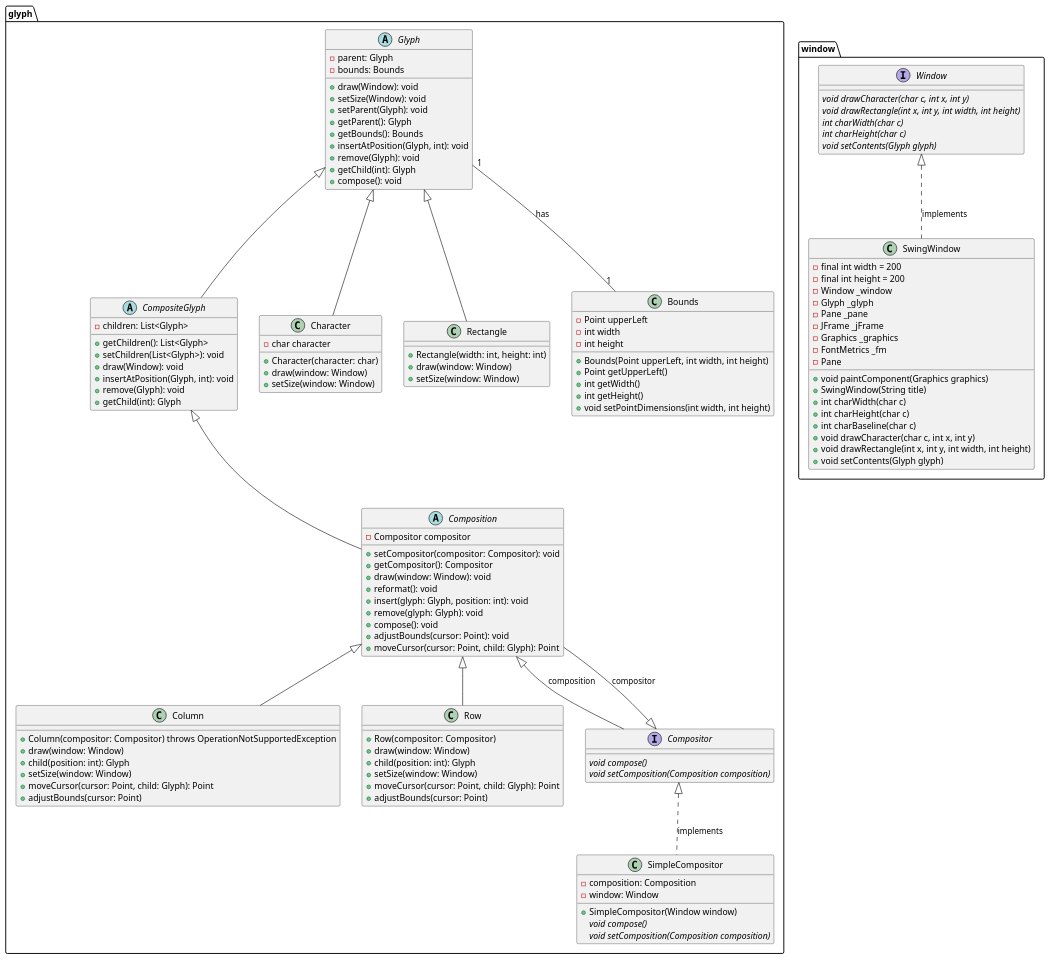
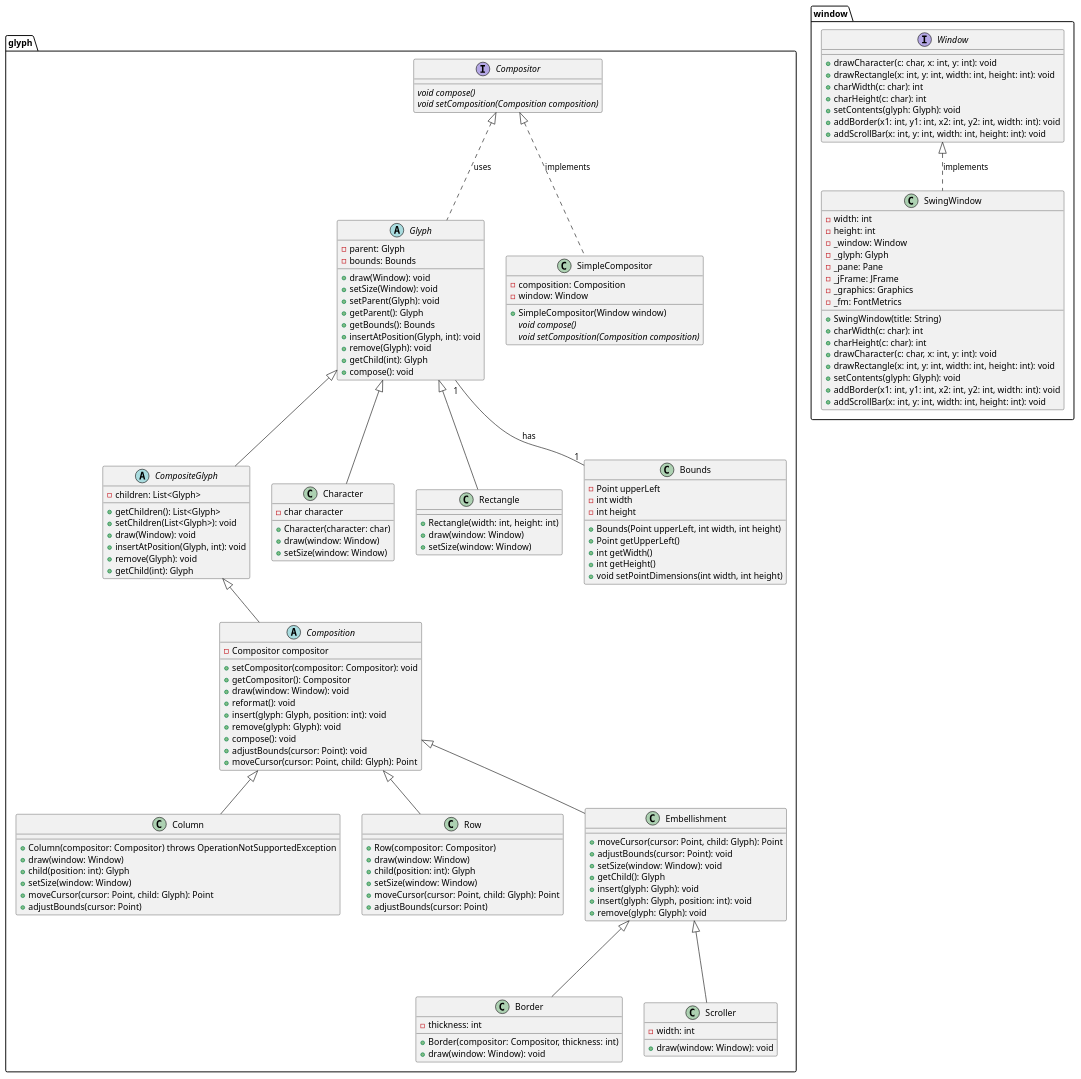
One commit to rubalgoyal/LexiDocument-ObjectOrientedDesignPattern changed the diagram in Lexi/Diagram.puml. Above: the diagram before and after it, drawn with PlantUML. The commit also changed 18 other files, not shown here.

```diff
--- a/Lexi/Diagram.puml
+++ b/Lexi/Diagram.puml
@@ -2,153 +2,181 @@
 @startuml
 package glyph {
   abstract class Glyph {
     - parent: Glyph
     - bounds: Bounds
     + draw(Window): void
     + setSize(Window): void
     + setParent(Glyph): void
     + getParent(): Glyph
     + getBounds(): Bounds
     + insertAtPosition(Glyph, int): void
     + remove(Glyph): void
     + getChild(int): Glyph
     + compose(): void
   }
   abstract class CompositeGlyph {
     - children: List<Glyph>
     + getChildren(): List<Glyph>
     + setChildren(List<Glyph>): void
     + draw(Window): void
     + insertAtPosition(Glyph, int): void
     + remove(Glyph): void
     + getChild(int): Glyph
   }
 
 
       class Column {
           +Column(compositor: Compositor) throws OperationNotSupportedException
           +draw(window: Window)
           +child(position: int): Glyph
           +setSize(window: Window)
           +moveCursor(cursor: Point, child: Glyph): Point
           +adjustBounds(cursor: Point)
       }
 
 
 
       class Row {
           +Row(compositor: Compositor)
           +draw(window: Window)
           +child(position: int): Glyph
           +setSize(window: Window)
           +moveCursor(cursor: Point, child: Glyph): Point
           +adjustBounds(cursor: Point)
       }
 
 
 
 
         class Character {
 
             -char character
             +Character(character: char)
             +draw(window: Window)
             +setSize(window: Window)
         }
 
 
 
         class Rectangle {
 
             +Rectangle(width: int, height: int)
             +draw(window: Window)
             +setSize(window: Window)
         }
 
 
 
 
         abstract class Composition {
             -Compositor compositor
             +setCompositor(compositor: Compositor): void
             +getCompositor(): Compositor
             +draw(window: Window): void
             +reformat(): void
             +insert(glyph: Glyph, position: int): void
             +remove(glyph: Glyph): void
             +compose(): void
             +adjustBounds(cursor: Point): void
             +moveCursor(cursor: Point, child: Glyph): Point
         }
 
             class Bounds {
                     - Point upperLeft
                     - int width
                     - int height
                     + Bounds(Point upperLeft, int width, int height)
                     + Point getUpperLeft()
                     + int getWidth()
                     + int getHeight()
                     + void setPointDimensions(int width, int height)
                 }
 
     interface Compositor {
         {abstract} void compose()
         {abstract} void setComposition(Composition composition)
     }
 
     class SimpleCompositor {
         - composition: Composition
         - window: Window
 
         + SimpleCompositor(Window window)
         {abstract} void compose()
         {abstract} void setComposition(Composition composition)
     }
+    class Embellishment {
+            + moveCursor(cursor: Point, child: Glyph): Point
+            + adjustBounds(cursor: Point): void
+            + setSize(window: Window): void
+            + getChild(): Glyph
+            + insert(glyph: Glyph): void
+            + insert(glyph: Glyph, position: int): void
+            + remove(glyph: Glyph): void
+        }
+        class Border {
+                - thickness: int
 
-    Compositor <|-- Composition : compositor
-    Composition <|-- Compositor : composition
+                + Border(compositor: Compositor, thickness: int)
+                + draw(window: Window): void
+            }
+
+
+
+        class Scroller {
+            - width: int
+
+            + draw(window: Window): void
+        }
+
+
+
+    Compositor <|.. Glyph : uses
+    Composition <|-- Embellishment
     Compositor <|.. SimpleCompositor : implements
     Glyph <|-- CompositeGlyph
     CompositeGlyph <|-- Composition
     Composition <|-- Column
     Composition <|-- Row
     Glyph <|-- Character
     Glyph <|-- Rectangle
+    Embellishment <|--- Border
+    Embellishment <|--- Scroller
     Glyph "1" -- "1" Bounds : has
-
 
 }
 
 package window {
     interface Window {
-        {abstract} void drawCharacter(char c, int x, int y)
-        {abstract} void drawRectangle(int x, int y, int width, int height)
-        {abstract} int charWidth(char c)
-        {abstract} int charHeight(char c)
-        {abstract} void setContents(Glyph glyph)
+        + drawCharacter(c: char, x: int, y: int): void
+        + drawRectangle(x: int, y: int, width: int, height: int): void
+        + charWidth(c: char): int
+        + charHeight(c: char): int
+        + setContents(glyph: Glyph): void
+        + addBorder(x1: int, y1: int, x2: int, y2: int, width: int): void
+        + addScrollBar(x: int, y: int, width: int, height: int): void
     }
 
     class SwingWindow {
-        - final int width = 200
-        - final int height = 200
-        - Window _window
-        - Glyph _glyph
-        - Pane _pane
-        - JFrame _jFrame
-        - Graphics _graphics
-        - FontMetrics _fm
-        - Pane
-        + void paintComponent(Graphics graphics)
-        + SwingWindow(String title)
-        + int charWidth(char c)
-        + int charHeight(char c)
-        + int charBaseline(char c)
-        + void drawCharacter(char c, int x, int y)
-        + void drawRectangle(int x, int y, int width, int height)
-        + void setContents(Glyph glyph)
+        - width: int
+        - height: int
+        - _window: Window
+        - _glyph: Glyph
+        - _pane: Pane
+        - _jFrame: JFrame
+        - _graphics: Graphics
+        - _fm: FontMetrics
+
+        + SwingWindow(title: String)
+        + charWidth(c: char): int
+        + charHeight(c: char): int
+        + drawCharacter(c: char, x: int, y: int): void
+        + drawRectangle(x: int, y: int, width: int, height: int): void
+        + setContents(glyph: Glyph): void
+        + addBorder(x1: int, y1: int, x2: int, y2: int, width: int): void
+        + addScrollBar(x: int, y: int, width: int, height: int): void
     }
 
      Window <|.. SwingWindow : implements
 }
 @enduml
```
